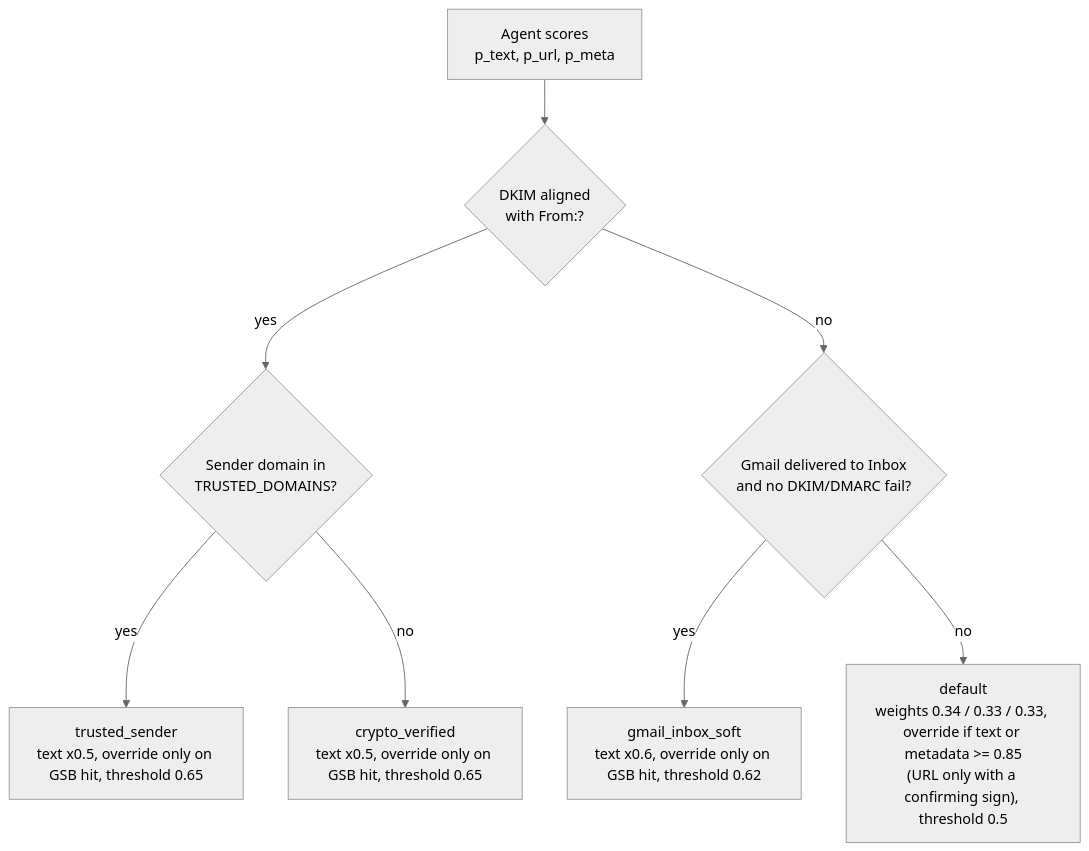
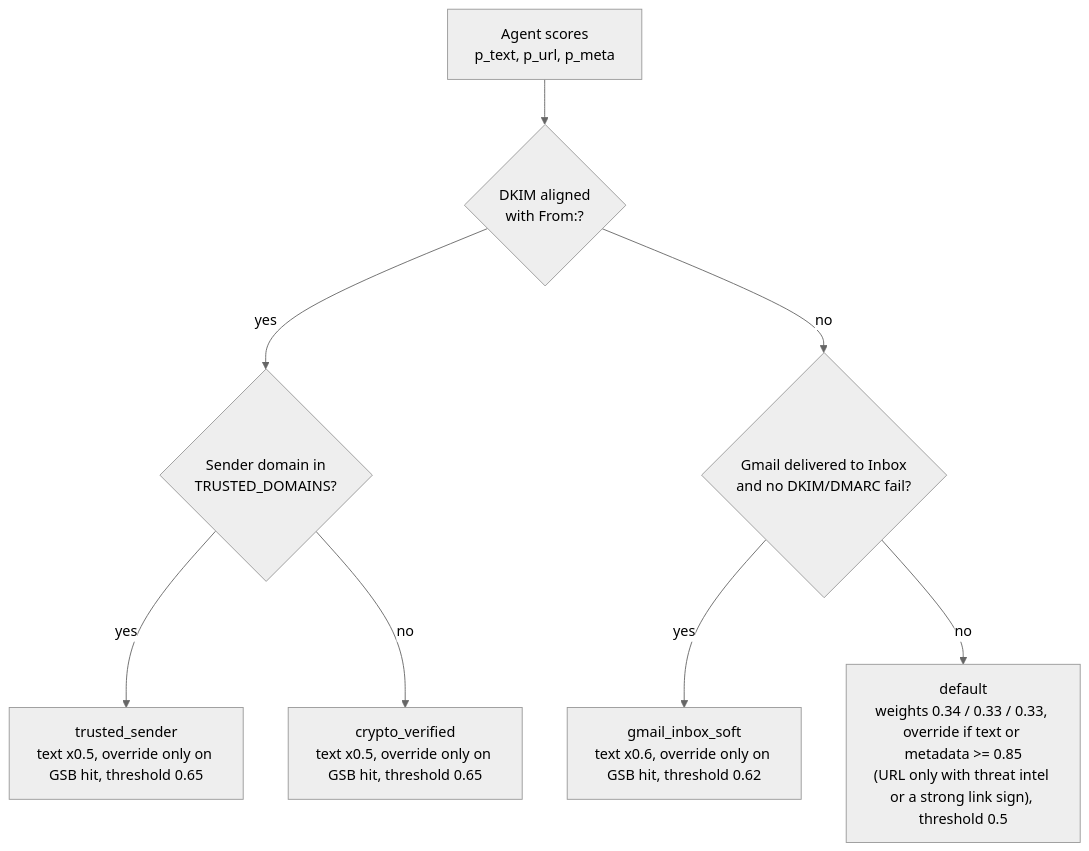
The third of 4 diagrams in docs/architecture.md (AnzouK/PhishLens), drawn with Mermaid (neutral theme) before and after one commit. The commit also changed other lines of this file and 8 other files, not shown here.

Commit message:
A link score alone needs threat intel or a strong sign to flag an email

````diff
--- a/docs/architecture.md
+++ b/docs/architecture.md
@@ -114,10 +114,10 @@
 ```mermaid
 flowchart TD
     S["Agent scores<br/>p_text, p_url, p_meta"] --> C{"DKIM aligned<br/>with From:?"}
     C -- yes --> T{"Sender domain in<br/>TRUSTED_DOMAINS?"}
     T -- yes --> P1["trusted_sender<br/>text x0.5, override only on GSB hit, threshold 0.65"]
     T -- no --> P2["crypto_verified<br/>text x0.5, override only on GSB hit, threshold 0.65"]
     C -- no --> I{"Gmail delivered to Inbox<br/>and no DKIM/DMARC fail?"}
     I -- yes --> P3["gmail_inbox_soft<br/>text x0.6, override only on GSB hit, threshold 0.62"]
-    I -- no --> P4["default<br/>weights 0.34 / 0.33 / 0.33, override if text or metadata >= 0.85<br/>(URL only with a confirming sign), threshold 0.5"]
+    I -- no --> P4["default<br/>weights 0.34 / 0.33 / 0.33, override if text or metadata >= 0.85<br/>(URL only with threat intel or a strong link sign), threshold 0.5"]
 ```
````
